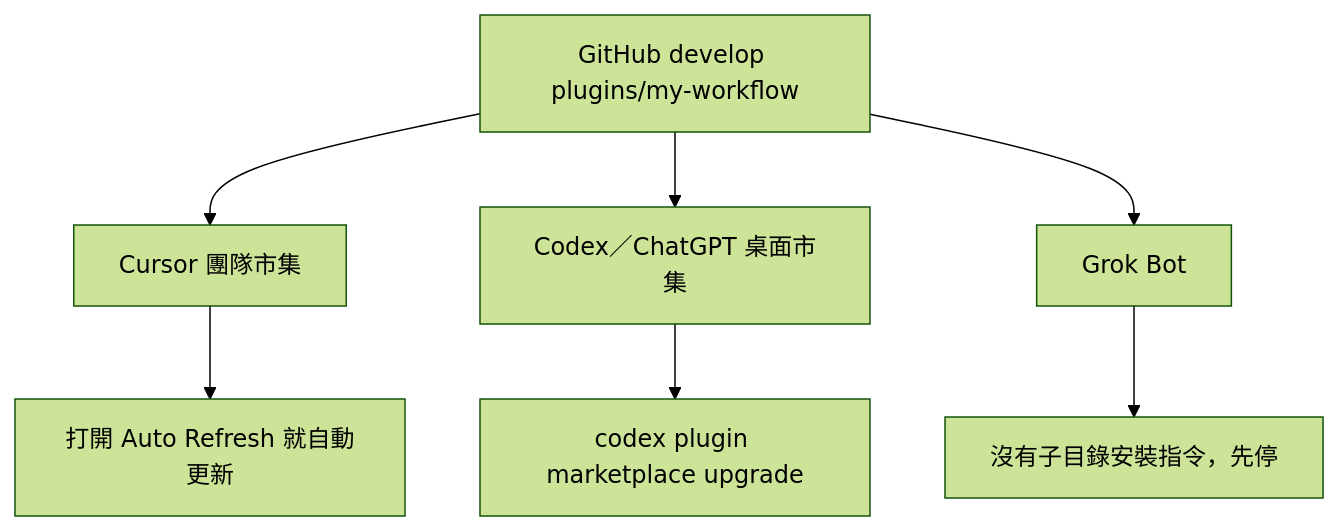
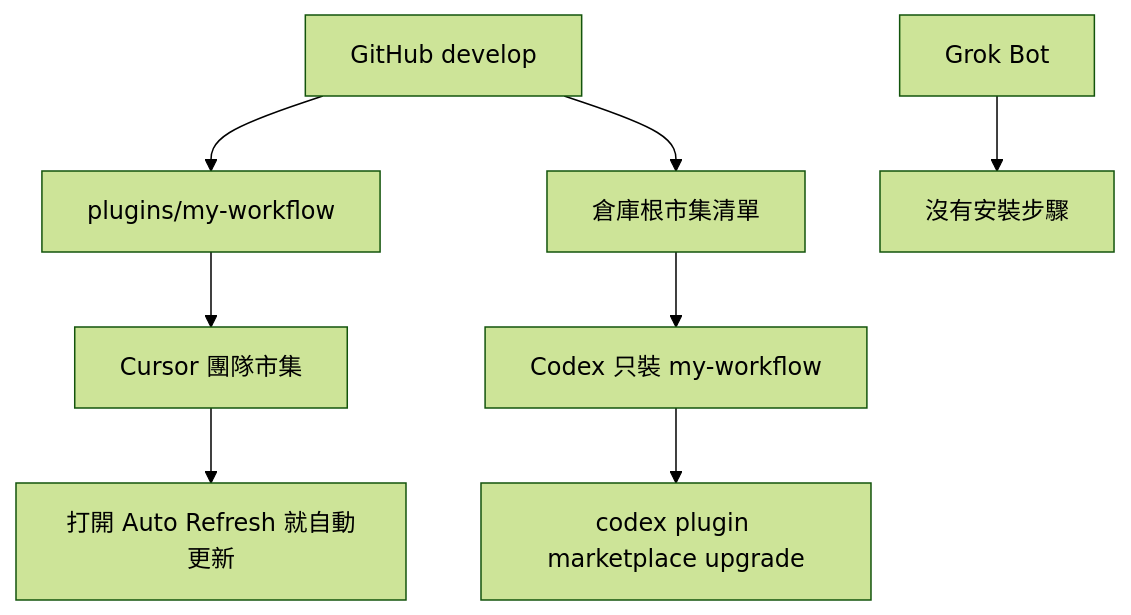
The diagram in plugins/my-workflow/README.md (VECTOR-COOL/my-agent-toolkit), drawn with Mermaid (forest theme) before and after one commit. The commit also changed other lines of this file, not shown here.

````diff
--- a/plugins/my-workflow/README.md
+++ b/plugins/my-workflow/README.md
@@ -13,9 +13,10 @@
 ```mermaid
 graph TD
-  GH["GitHub develop plugins/my-workflow"] --> Cursor["Cursor 團隊市集"]
-  GH --> Codex["Codex／ChatGPT 桌面市集"]
-  GH --> Grok["Grok Bot"]
+  GH["GitHub develop"] --> CursorSrc["plugins/my-workflow"]
+  GH --> CodexSrc["倉庫根市集清單"]
+  CursorSrc --> Cursor["Cursor 團隊市集"]
   Cursor --> Auto["打開 Auto Refresh 就自動更新"]
+  CodexSrc --> Codex["Codex 只裝 my-workflow"]
   Codex --> Up["codex plugin marketplace upgrade"]
-  Grok --> Hold["沒有子目錄安裝指令，先停"]
+  Grok["Grok Bot"] --> Hold["沒有安裝步驟"]
 ```
````
